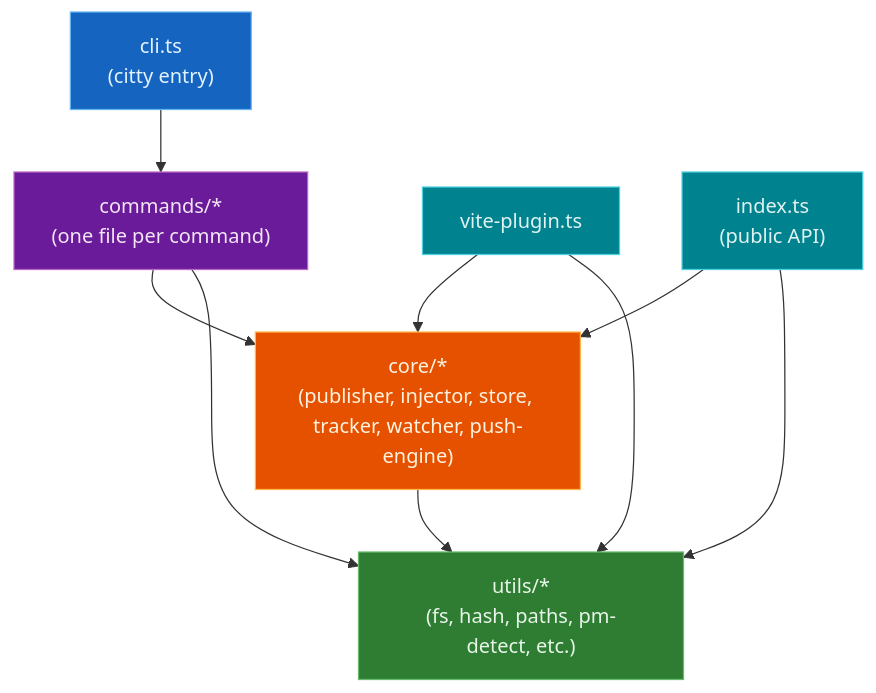
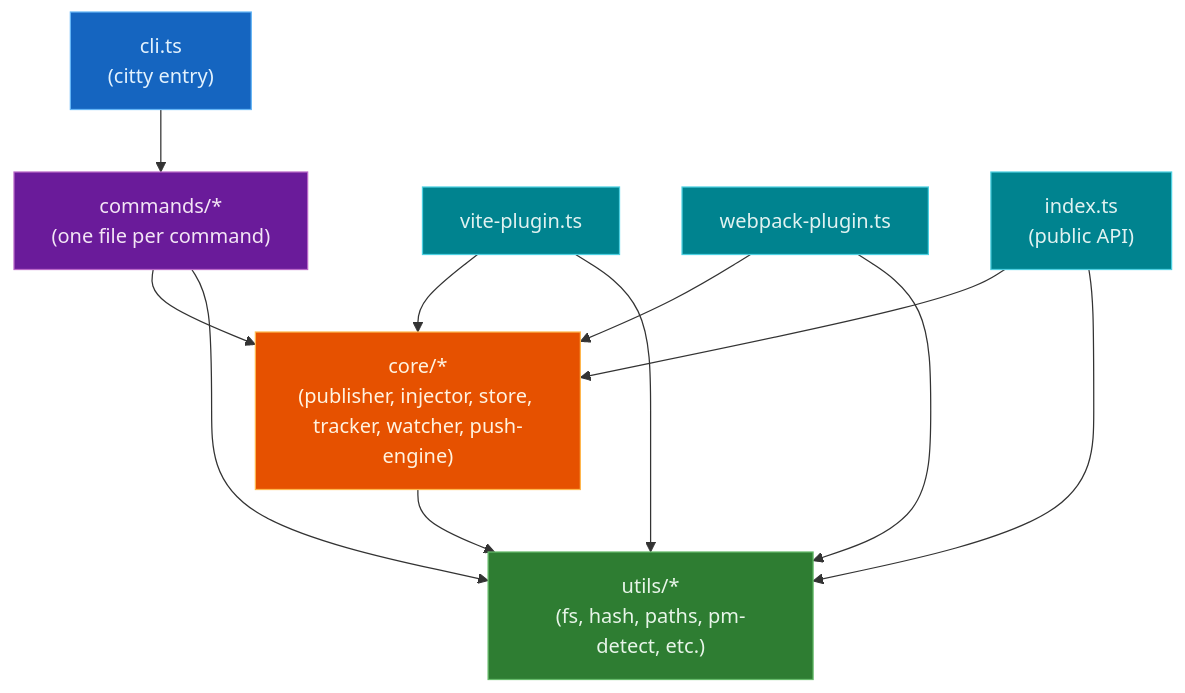
One commit to oleg-kuibar/plunk changed the diagram in docs/architecture.md. Above: the diagram before and after it, drawn with Mermaid. The commit also changed other lines of this file and 10 other files, not shown here.

````diff
--- a/docs/architecture.md
+++ b/docs/architecture.md
@@ -9,20 +9,24 @@
 ```mermaid
 graph TD
     CLI["cli.ts<br/>(citty entry)"] --> Commands["commands/*<br/>(one file per command)"]
     Commands --> Core["core/*<br/>(publisher, injector, store, tracker, watcher, push-engine)"]
     Core --> Utils["utils/*<br/>(fs, hash, paths, pm-detect, etc.)"]
     Commands --> Utils
 
     VitePlugin["vite-plugin.ts"] --> Core
     VitePlugin --> Utils
 
+    WebpackPlugin["webpack-plugin.ts"] --> Core
+    WebpackPlugin --> Utils
+
     IndexAPI["index.ts<br/>(public API)"] --> Core
     IndexAPI --> Utils
 
     style CLI fill:#1565c0,stroke:#64b5f6,color:#e3f2fd
     style Commands fill:#6a1b9a,stroke:#ba68c8,color:#f3e5f5
     style Core fill:#e65100,stroke:#ffb74d,color:#fff3e0
     style Utils fill:#2e7d32,stroke:#66bb6a,color:#e8f5e9
     style VitePlugin fill:#00838f,stroke:#4dd0e1,color:#e0f2f1
+    style WebpackPlugin fill:#00838f,stroke:#4dd0e1,color:#e0f2f1
     style IndexAPI fill:#00838f,stroke:#4dd0e1,color:#e0f2f1
 ```
````
